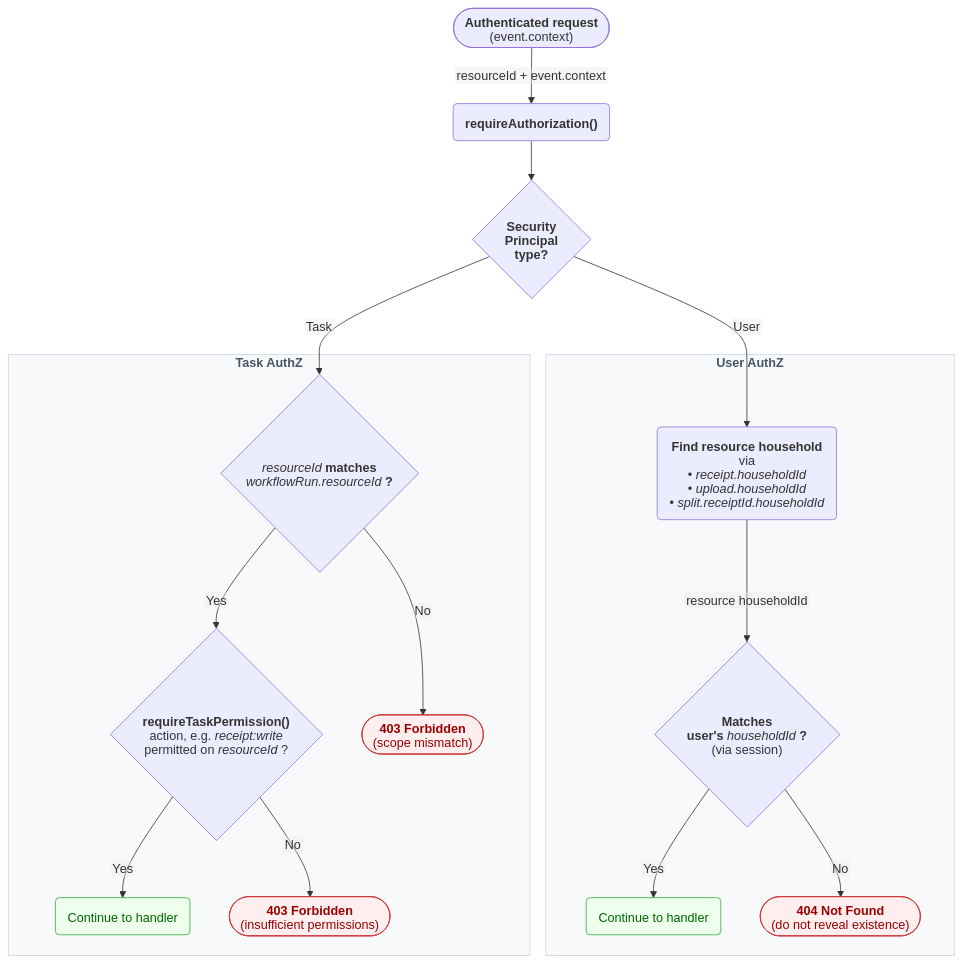
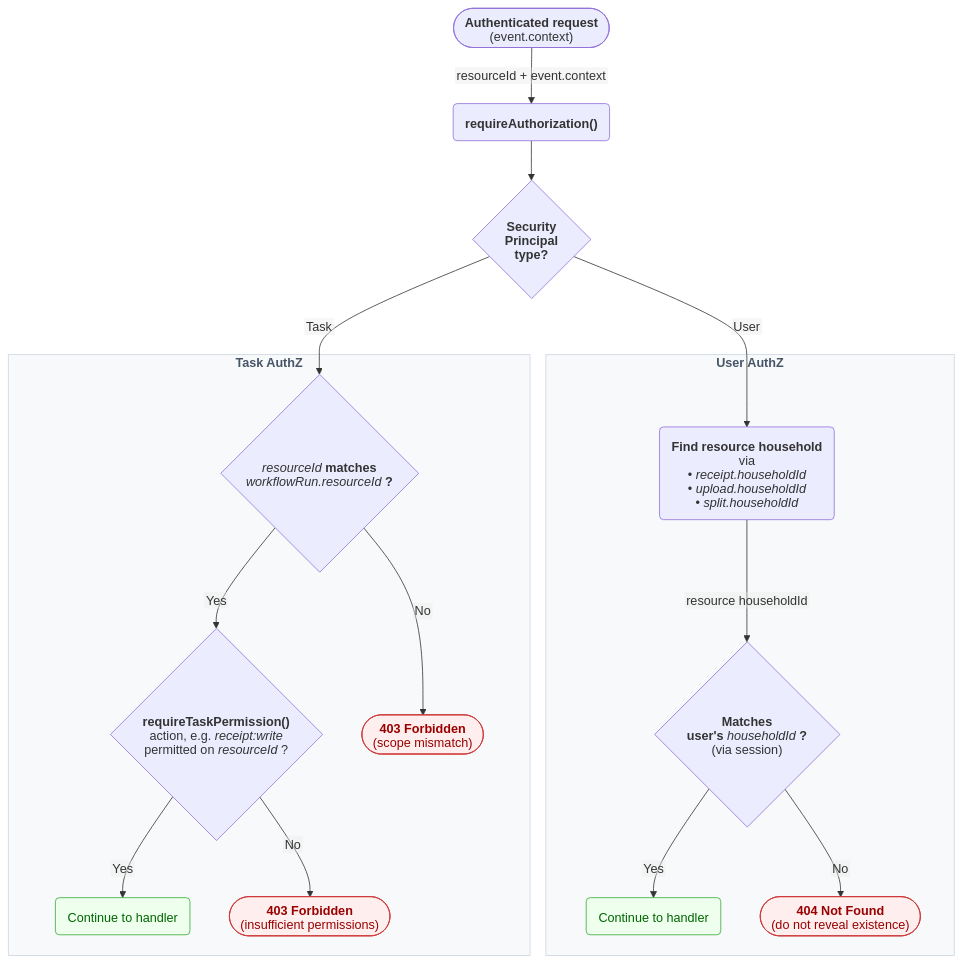
Before and after one commit to julie-ng/tally-split-ai: the second of 3 diagrams in docs/SECURITY.md, drawn with Mermaid. The commit also changed other lines of this file, not shown here.

````diff
--- a/docs/SECURITY.md
+++ b/docs/SECURITY.md
@@ -153,60 +153,60 @@
 ```mermaid
 ---
 config:
   htmlLabels: false
 ---
 flowchart TD
     Req(["`**Authenticated request**
     (event.context)`"])
     Req -->|"resourceId + event.context"| AuthZ("`**requireAuthorization()**`")
     AuthZ -->Principal{"`**Security 
     Principal
     type?**`"}
 
     subgraph user ["`**User AuthZ**`"]
         UScope("`**Find resource household** via
         • _receipt.householdId_
         • _upload.householdId_
-        • _split.receiptId.householdId_`")
+        • _split.householdId_`")
         UMatch{"`**Matches 
         user's _householdId_?**
         (via session)`"}
         UOk("`Continue to handler`")
         URej(["`**404 Not Found**
         (do not reveal existence)`"])
 
         UScope -->|resource householdId| UMatch
         UMatch -->|Yes| UOk
         UMatch -->|No| URej
     end
 
     subgraph task ["`**Task AuthZ**`"]
         TScope{"`**_resourceId_ matches
         _workflowRun.resourceId_?**`"}
         TPerm{"`**requireTaskPermission()**
         action, e.g. _receipt:write_
         permitted on _resourceId_?`"}
         TOk("`Continue to handler`")
         TRejScope(["`**403 Forbidden**
         (scope mismatch)`"])
         TRejPerm(["`**403 Forbidden**
         (insufficient permissions)`"])
 
         TScope -->|Yes| TPerm
         TScope -->|No| TRejScope
         TPerm -->|Yes| TOk
         TPerm -->|No| TRejPerm
     end
 
     Principal -->|User| UScope
     Principal -->|Task| TScope
 
     classDef reject fill:#fee,stroke:#c33,color:#900
     class URej,TRejScope,TRejPerm reject
 
     classDef ok fill:#efe,stroke:#3a3,color:#060
     class UOk,TOk ok
 
     classDef cluster fill:#f8f9fa,stroke:#cbd5e1,color:#475569
     class user,task cluster
 ```
````
